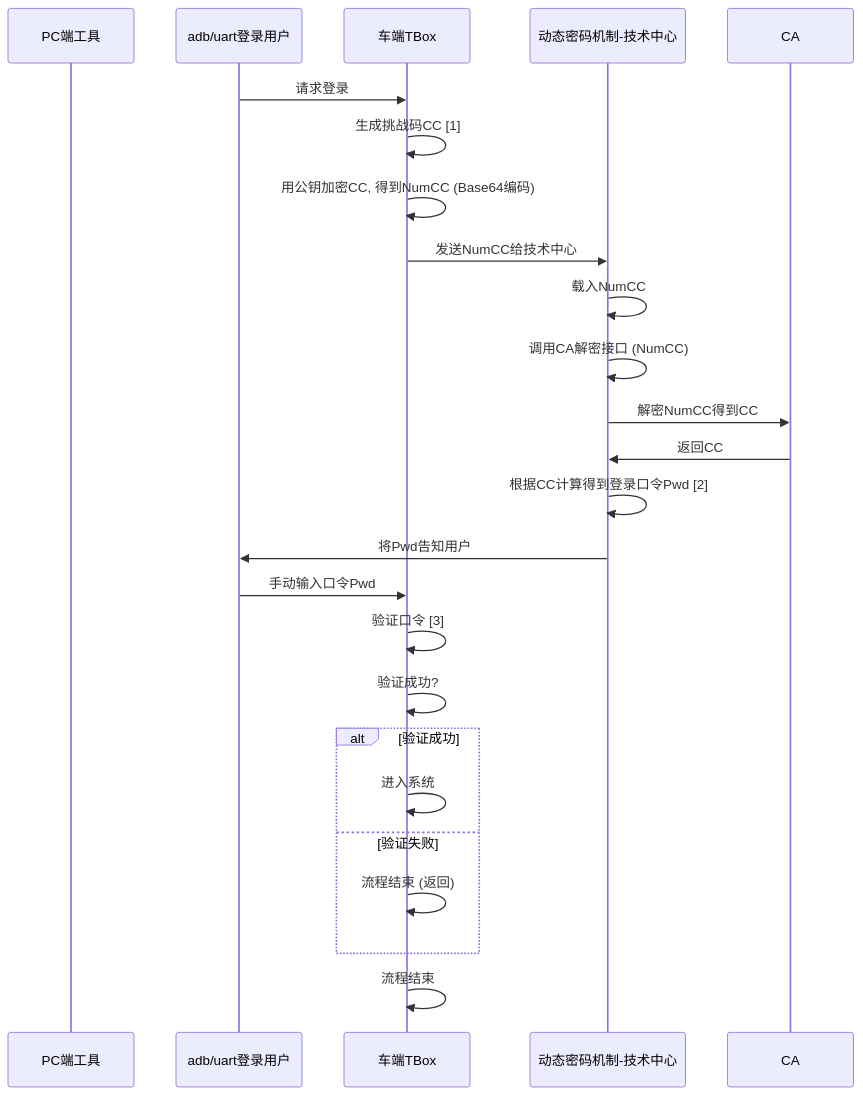
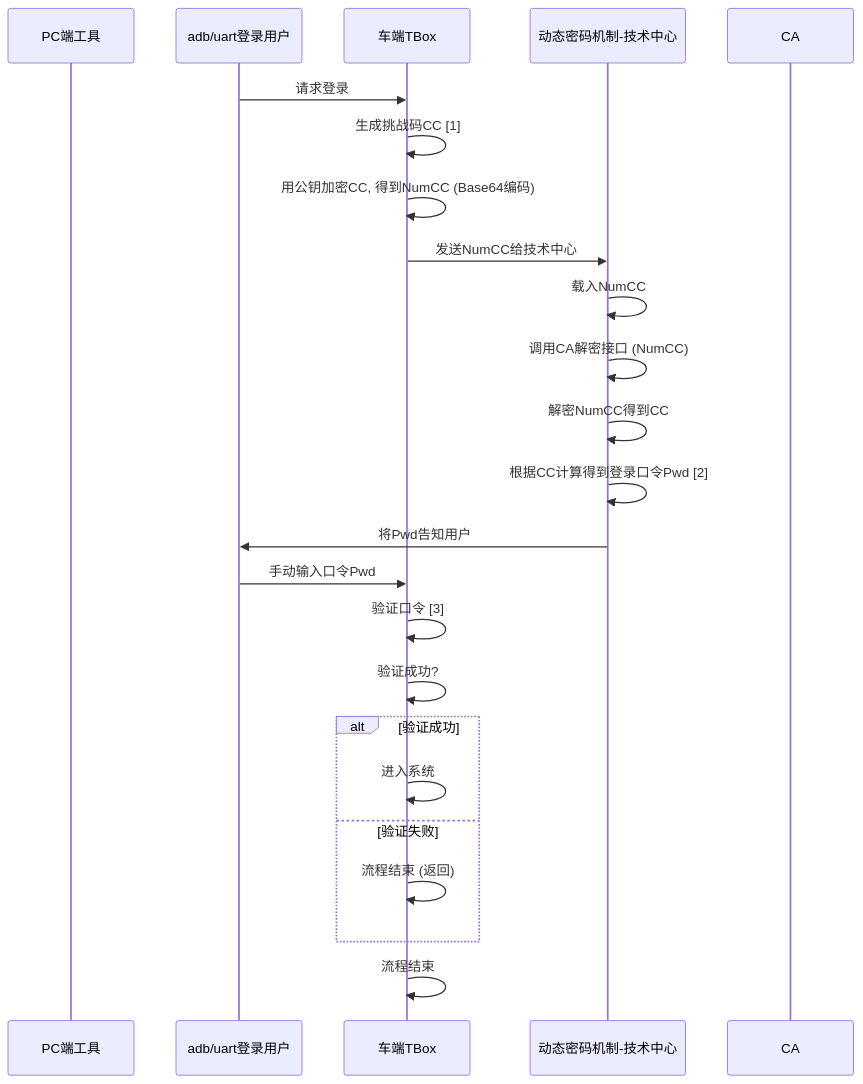
Before and after one commit to facebook-cloud/iodraw-files: the diagram in all/未命名-13.md, drawn with Mermaid.

Commit message:
2026-01-26 18:16:14 update

````diff
--- a/all/未命名-13.md
+++ b/all/未命名-13.md
@@ -1,29 +1,28 @@
 ```mermaid
 sequenceDiagram
     participant pc as PC端工具
     participant user as adb/uart登录用户
     participant tbox as 车端TBox
     participant tech_center as 动态密码机制-技术中心
     participant ca as CA
 
     user->>tbox: 请求登录
     tbox->>tbox: 生成挑战码CC [1]
     tbox->>tbox: 用公钥加密CC, 得到NumCC (Base64编码)
     tbox->>tech_center: 发送NumCC给技术中心
     tech_center->>tech_center: 载入NumCC
     tech_center->>tech_center: 调用CA解密接口 (NumCC)
-    tech_center->>ca: 解密NumCC得到CC
-    ca->>tech_center: 返回CC
+    tech_center->>tech_center: 解密NumCC得到CC
     tech_center->>tech_center: 根据CC计算得到登录口令Pwd [2]
     tech_center->>user: 将Pwd告知用户
     user->>tbox: 手动输入口令Pwd
     tbox->>tbox: 验证口令 [3]
     tbox->>tbox: 验证成功?
     alt 验证成功
         tbox->>tbox: 进入系统
     else 验证失败
         tbox->>tbox: 流程结束 (返回)
     end
     tbox->>tbox: 流程结束
 
 ```
````
